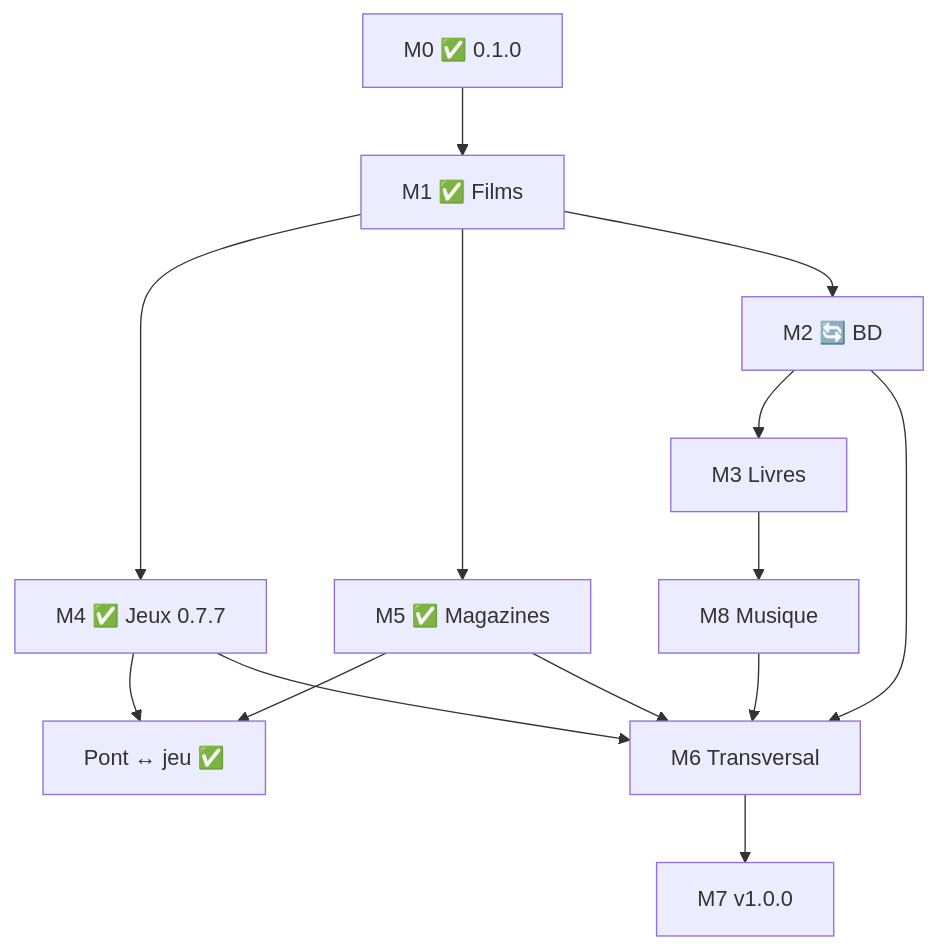
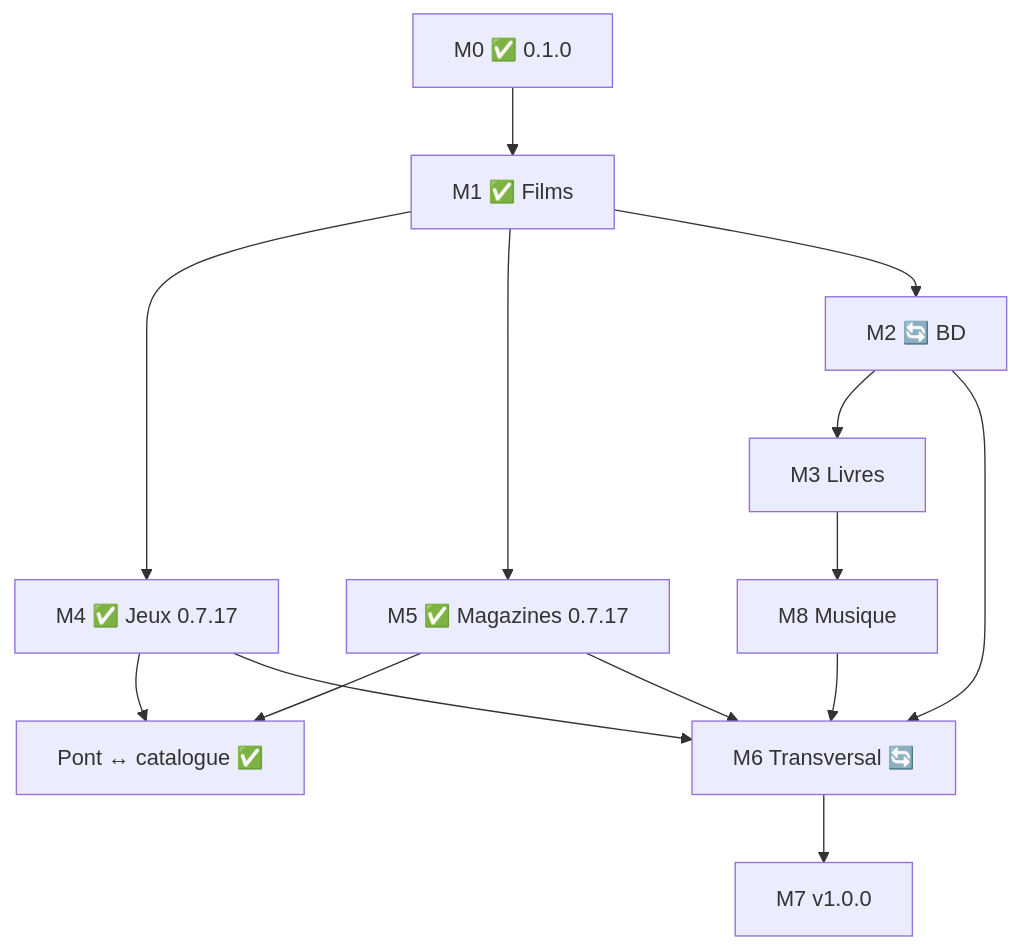
Before and after one commit to daryl40000/mediatheque: the second of 2 diagrams in ROADMAP.md, drawn with Mermaid. The commit also changed other lines of this file and 24 other files, not shown here.

````diff
--- a/ROADMAP.md
+++ b/ROADMAP.md
@@ -470,16 +551,16 @@
 ```mermaid
 flowchart TB
   M0[M0 ✅ 0.1.0] --> M1[M1 ✅ Films]
-  M1 --> M4[M4 ✅ Jeux 0.7.7]
-  M1 --> M5[M5 ✅ Magazines]
-  M4 --> XPont[Pont ↔ jeu ✅]
+  M1 --> M4[M4 ✅ Jeux 0.7.17]
+  M1 --> M5[M5 ✅ Magazines 0.7.17]
+  M4 --> XPont[Pont ↔ catalogue ✅]
   M5 --> XPont
   M1 --> M2[M2 🔄 BD]
   M2 --> M3[M3 Livres]
   M3 --> M8[M8 Musique]
-  M8 --> M6[M6 Transversal]
+  M8 --> M6[M6 Transversal 🔄]
   M4 --> M6
   M5 --> M6
   M2 --> M6
   M6 --> M7[M7 v1.0.0]
 ```
````
